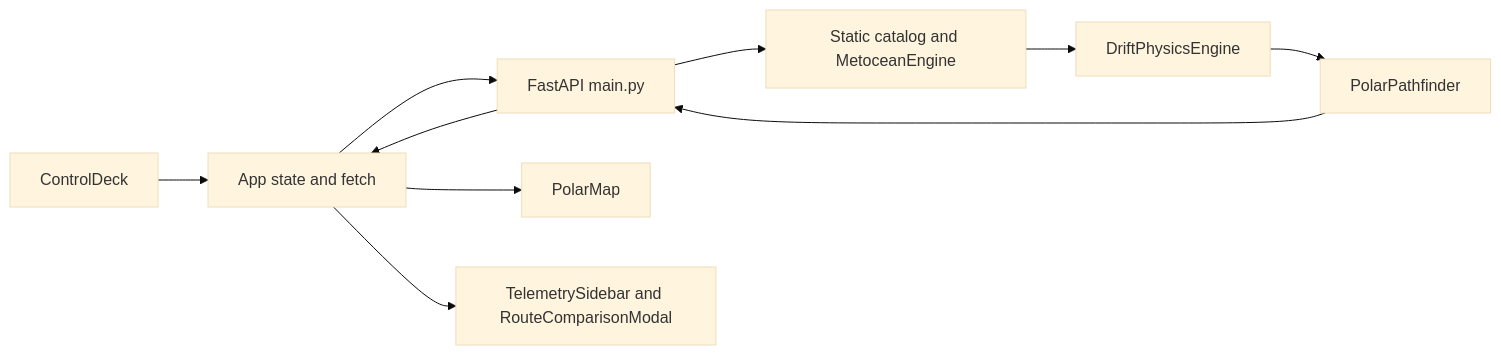
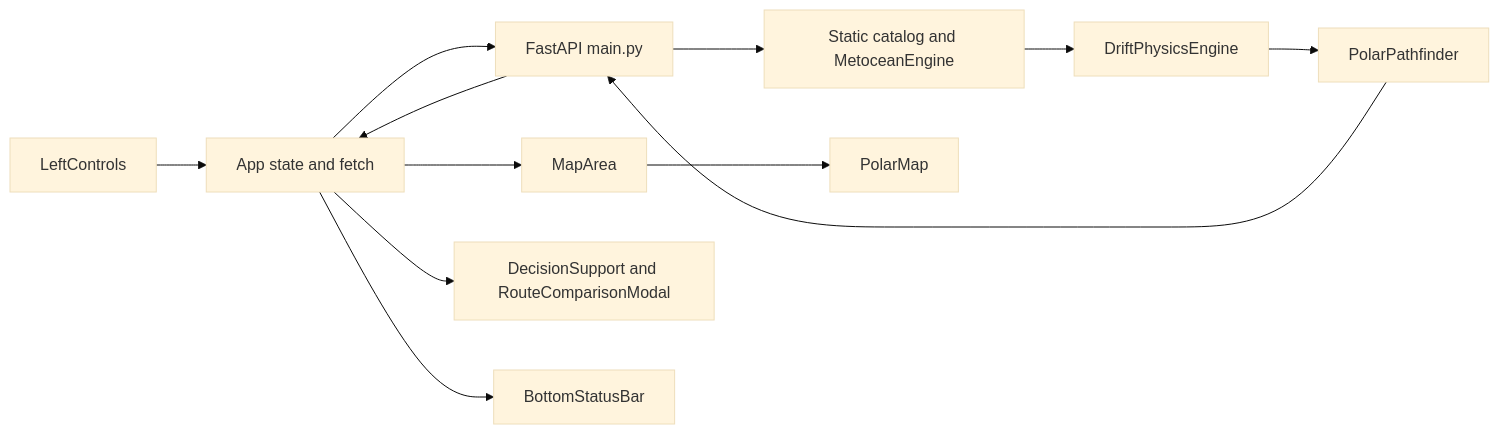
One commit to Typical001/SIH-2026 changed the diagram in .antigravity/Brain/ARCHITECTURE.md. Above: the diagram before and after it, drawn with Mermaid (base theme). The commit also changed other lines of this file and 10 other files, not shown here.

````diff
--- a/.antigravity/Brain/ARCHITECTURE.md
+++ b/.antigravity/Brain/ARCHITECTURE.md
@@ -5,12 +7,13 @@
 ```mermaid
 flowchart LR
-  Controls[ControlDeck] --> App[App state and fetch]
+  Controls[LeftControls] --> App[App state and fetch]
   App --> API[FastAPI main.py]
   API --> Data[Static catalog and MetoceanEngine]
   Data --> Drift[DriftPhysicsEngine]
   Drift --> Router[PolarPathfinder]
   Router --> API
   API --> App
-  App --> Map[PolarMap]
-  App --> Panels[TelemetrySidebar and RouteComparisonModal]
+  App --> MapArea[MapArea] --> Map[PolarMap]
+  App --> Panels[DecisionSupport and RouteComparisonModal]
+  App --> Footer[BottomStatusBar]
 ```
````
